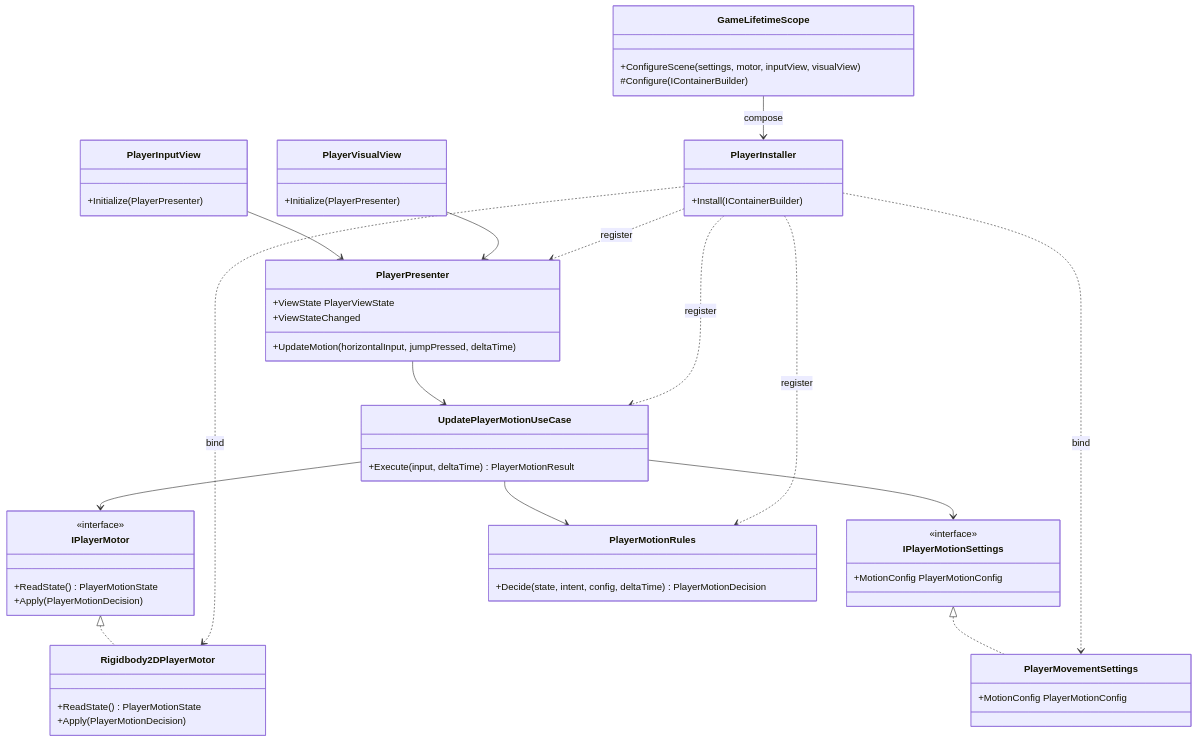
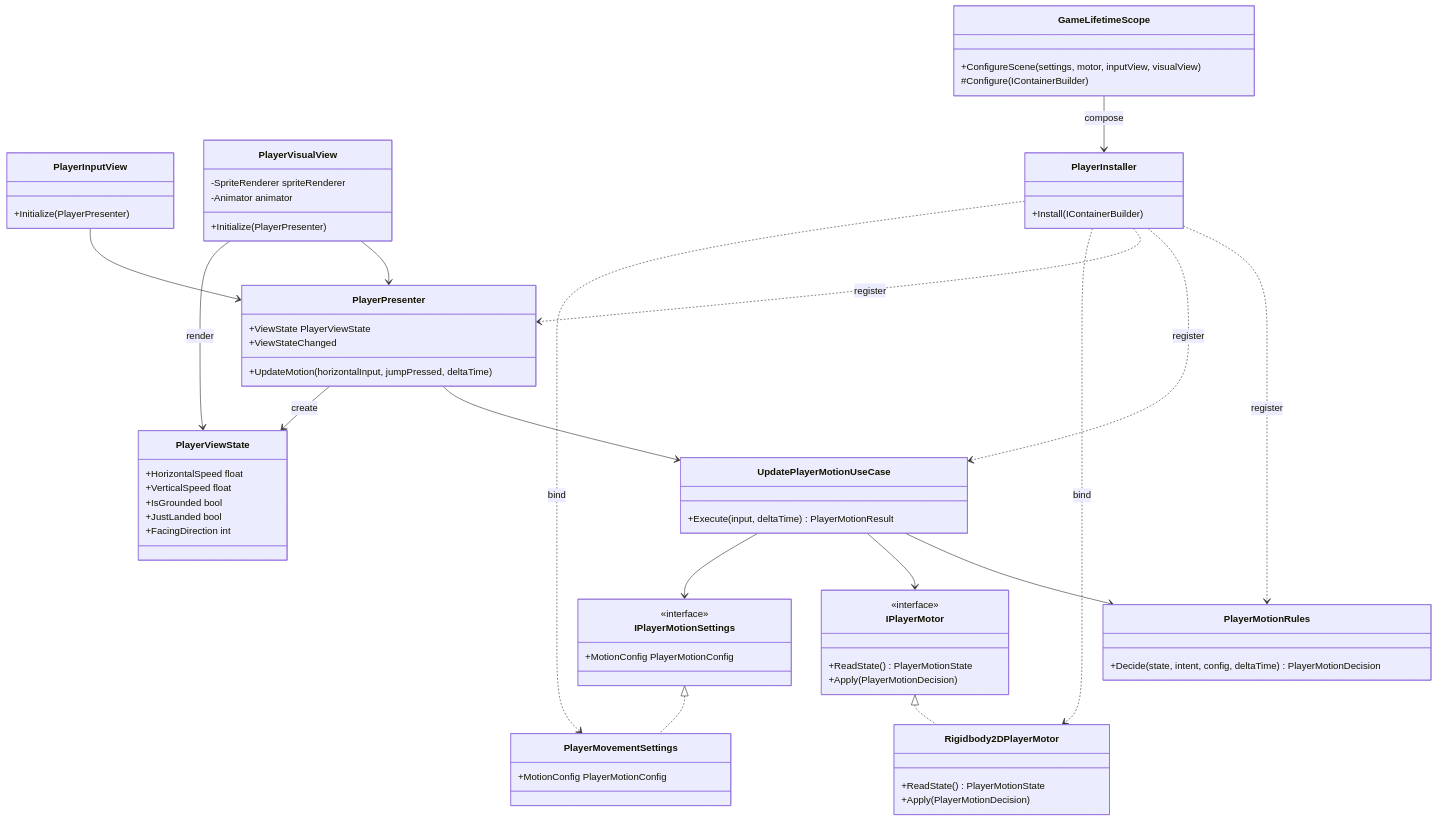
The second of 4 diagrams in Docs/Architecture.md (murang-kr/CleanArchitecture), drawn with Mermaid before and after one commit. The commit also changed other lines of this file and 8 other files, not shown here.

````diff
--- a/Docs/Architecture.md
+++ b/Docs/Architecture.md
@@ -138,68 +140,80 @@
 ```mermaid
 classDiagram
     class IPlayerMotor {
         <<interface>>
         +ReadState() PlayerMotionState
         +Apply(PlayerMotionDecision)
     }
 
     class IPlayerMotionSettings {
         <<interface>>
         +MotionConfig PlayerMotionConfig
     }
 
     class PlayerMotionRules {
         +Decide(state, intent, config, deltaTime) PlayerMotionDecision
     }
 
     class UpdatePlayerMotionUseCase {
         +Execute(input, deltaTime) PlayerMotionResult
     }
 
     class PlayerPresenter {
         +ViewState PlayerViewState
         +UpdateMotion(horizontalInput, jumpPressed, deltaTime)
         +ViewStateChanged
     }
 
+    class PlayerViewState {
+        +HorizontalSpeed float
+        +VerticalSpeed float
+        +IsGrounded bool
+        +JustLanded bool
+        +FacingDirection int
+    }
+
     class Rigidbody2DPlayerMotor {
         +ReadState() PlayerMotionState
         +Apply(PlayerMotionDecision)
     }
 
     class PlayerMovementSettings {
         +MotionConfig PlayerMotionConfig
     }
 
     class PlayerInputView {
         +Initialize(PlayerPresenter)
     }
 
     class PlayerVisualView {
         +Initialize(PlayerPresenter)
+        -SpriteRenderer spriteRenderer
+        -Animator animator
     }
 
     class PlayerInstaller {
         +Install(IContainerBuilder)
     }
 
     class GameLifetimeScope {
         +ConfigureScene(settings, motor, inputView, visualView)
         #Configure(IContainerBuilder)
     }
 
     IPlayerMotor <|.. Rigidbody2DPlayerMotor
     IPlayerMotionSettings <|.. PlayerMovementSettings
     UpdatePlayerMotionUseCase --> PlayerMotionRules
     UpdatePlayerMotionUseCase --> IPlayerMotor
     UpdatePlayerMotionUseCase --> IPlayerMotionSettings
     PlayerPresenter --> UpdatePlayerMotionUseCase
+    PlayerPresenter --> PlayerViewState : create
     PlayerInputView --> PlayerPresenter
     PlayerVisualView --> PlayerPresenter
+    PlayerVisualView --> PlayerViewState : render
     PlayerInstaller ..> PlayerMotionRules : register
     PlayerInstaller ..> UpdatePlayerMotionUseCase : register
     PlayerInstaller ..> PlayerPresenter : register
     PlayerInstaller ..> Rigidbody2DPlayerMotor : bind
     PlayerInstaller ..> PlayerMovementSettings : bind
     GameLifetimeScope --> PlayerInstaller : compose
 ```
````
